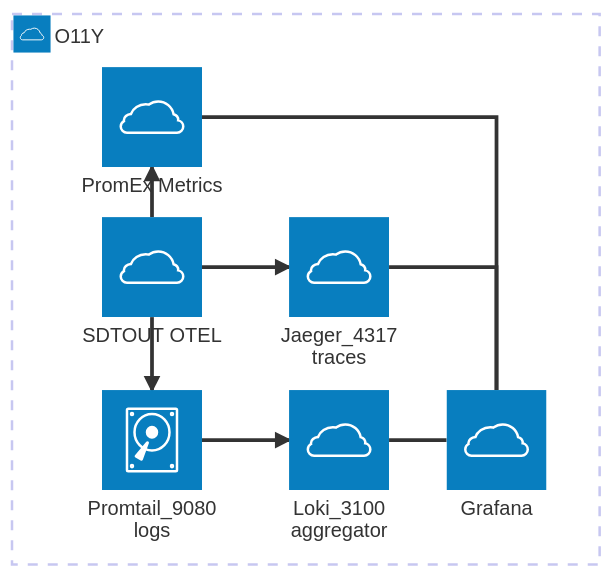
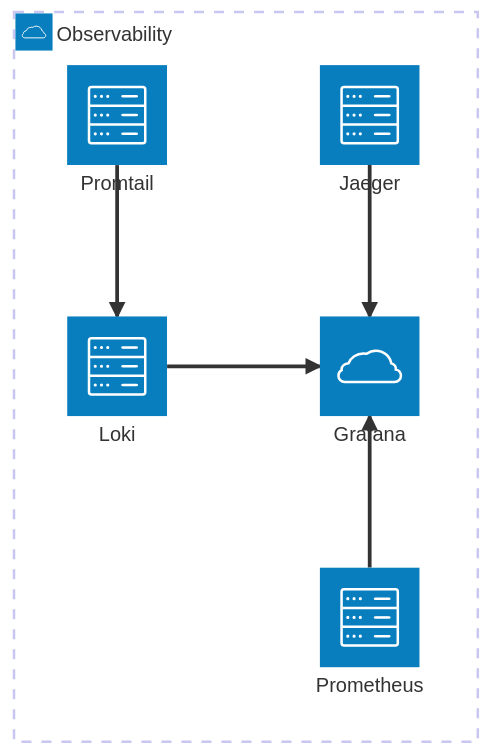
One commit to dwyl/learn-elixir-microservices-with-natsio-and-opentelemetry changed the fifth of 8 diagrams in README.md. Above: the diagram before and after it, drawn with Mermaid. The commit also changed other lines of this file and 93 other files, not shown here.

````diff
--- a/README.md
+++ b/README.md
@@ -933,18 +1380,14 @@
 ```mermaid
 architecture-beta
-  group logs(cloud)[O11Y]
-    service loki(cloud)[Loki_3100 aggregator] in logs
-    service promtail(disk)[Promtail_9080 logs] in logs
-    service jaeger(cloud)[Jaeger_4317 traces] in logs
-    service sdtout(cloud)[SDTOUT OTEL] in logs
+  group logs(cloud)[Observability]
+    service loki(server)[Loki] in logs
+    service promtail(server)[Promtail] in logs
+    service jaeger(server)[Jaeger] in logs
+    service prom(server)[Prometheus] in logs
     service graf(cloud)[Grafana] in logs
-    service promex(cloud)[PromEx Metrics] in logs
 
-    sdtout:T --> B:promex
-    promex:R -- T:graf
-    sdtout:R --> L:jaeger
-    jaeger:R -- T:graf
-    loki:R -- L:graf
-    sdtout:B --> T:promtail
-    loki:L <-- R:promtail
+    promtail:B --> T:loki
+    loki:R --> L:graf
+    jaeger:B --> T:graf
+    prom:T --> B:graf
 ```
````
